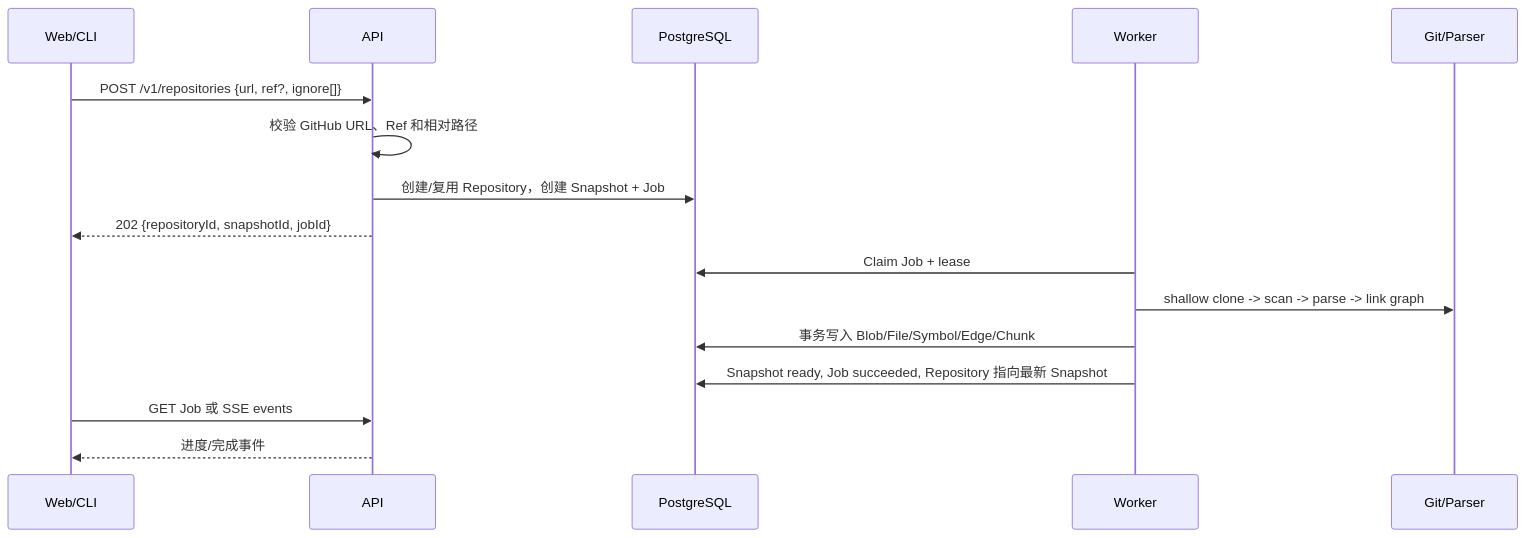
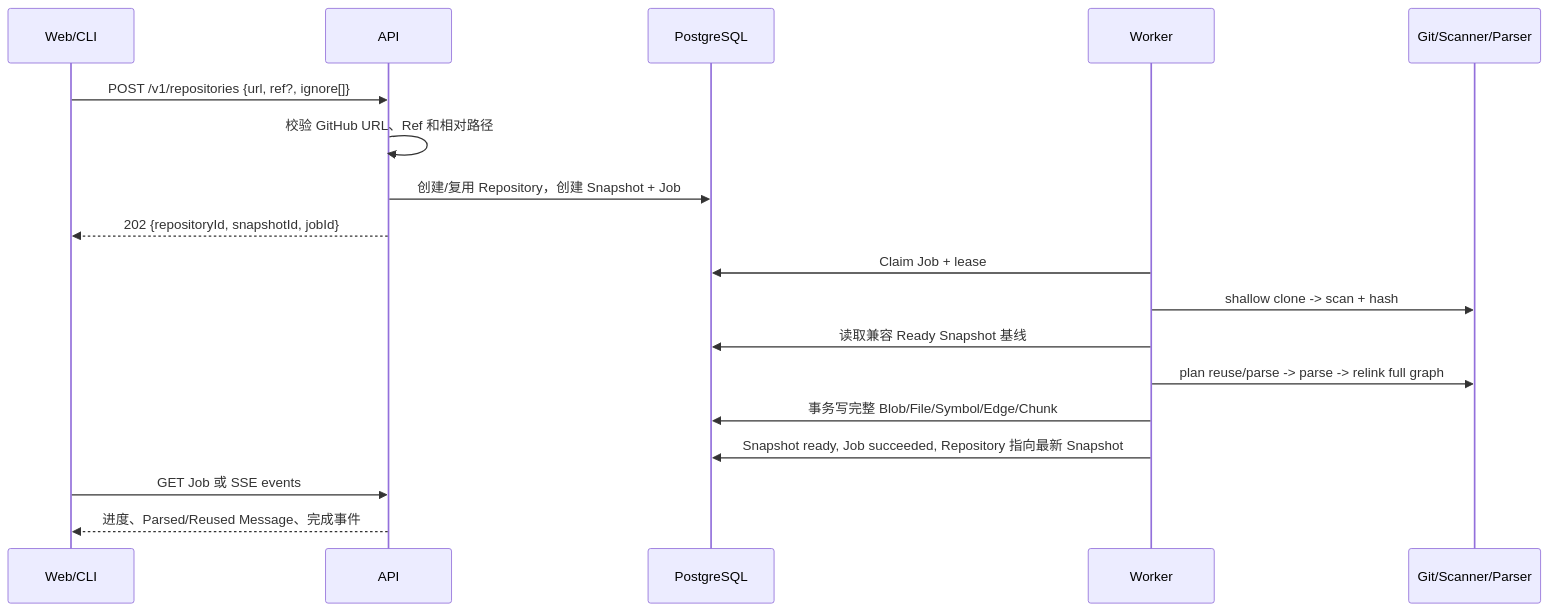
The first of 3 diagrams in docs/architecture/领域模型与数据流.md (githubyangjiaxun/repovista), drawn with Mermaid before and after one commit. The commit also changed other lines of this file and 22 other files, not shown here.

````diff
--- a/docs/architecture/领域模型与数据流.md
+++ b/docs/architecture/领域模型与数据流.md
@@ -23,19 +27,21 @@
 ```mermaid
 sequenceDiagram
     participant U as Web/CLI
     participant A as API
     participant P as PostgreSQL
     participant W as Worker
-    participant G as Git/Parser
+    participant G as Git/Scanner/Parser
 
     U->>A: POST /v1/repositories {url, ref?, ignore[]}
     A->>A: 校验 GitHub URL、Ref 和相对路径
     A->>P: 创建/复用 Repository，创建 Snapshot + Job
     A-->>U: 202 {repositoryId, snapshotId, jobId}
     W->>P: Claim Job + lease
-    W->>G: shallow clone -> scan -> parse -> link graph
-    W->>P: 事务写入 Blob/File/Symbol/Edge/Chunk
+    W->>G: shallow clone -> scan + hash
+    W->>P: 读取兼容 Ready Snapshot 基线
+    W->>G: plan reuse/parse -> parse -> relink full graph
+    W->>P: 事务写完整 Blob/File/Symbol/Edge/Chunk
     W->>P: Snapshot ready, Job succeeded, Repository 指向最新 Snapshot
     U->>A: GET Job 或 SSE events
-    A-->>U: 进度/完成事件
+    A-->>U: 进度、Parsed/Reused Message、完成事件
 ```
````
